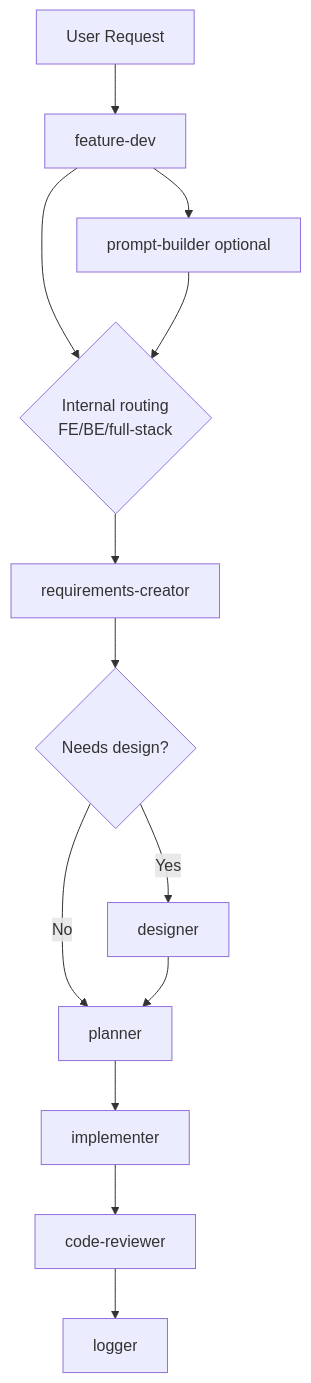
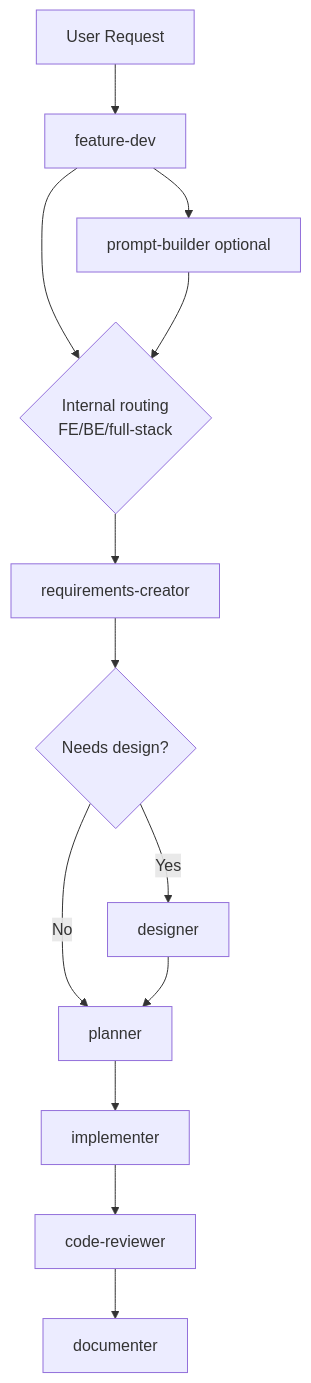
The diagram in README.md (Elverle/feature-workflow), drawn with Mermaid before and after one commit. The commit also changed other lines of this file and 11 other files, not shown here.

Commit message:
feat: renamed Logger in Documenter, improved portable version for Claude code

````diff
--- a/README.md
+++ b/README.md
@@ -82,15 +82,15 @@
 ```mermaid
 flowchart TD
     U[User Request] --> FD[feature-dev]
     FD --> PB[prompt-builder optional]
     FD --> RT{Internal routing\nFE/BE/full-stack}
     PB --> RT
     RT --> RC[requirements-creator]
     RC --> DG{Needs design?}
     DG -->|Yes| DS[designer]
     DG -->|No| PL[planner]
     DS --> PL
     PL --> IM[implementer]
     IM --> CR[code-reviewer]
-    CR --> LG[logger]
+    CR --> DC[documenter]
 ```
````
